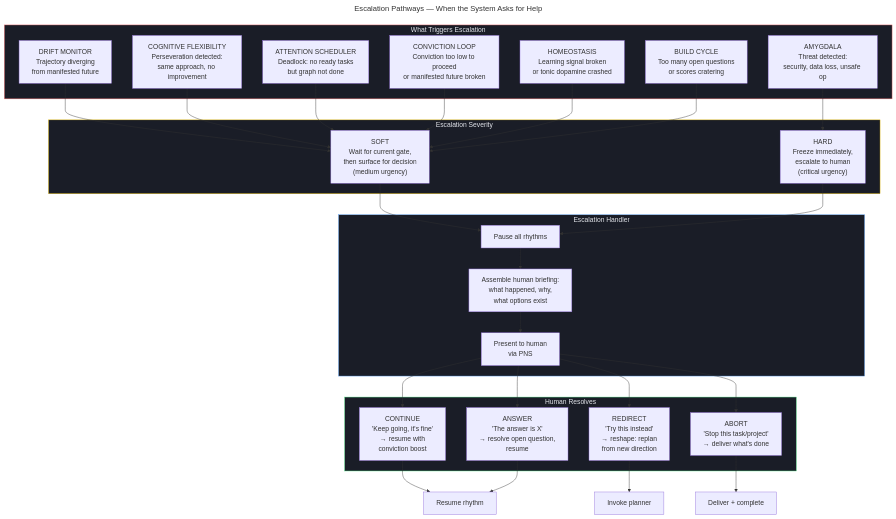
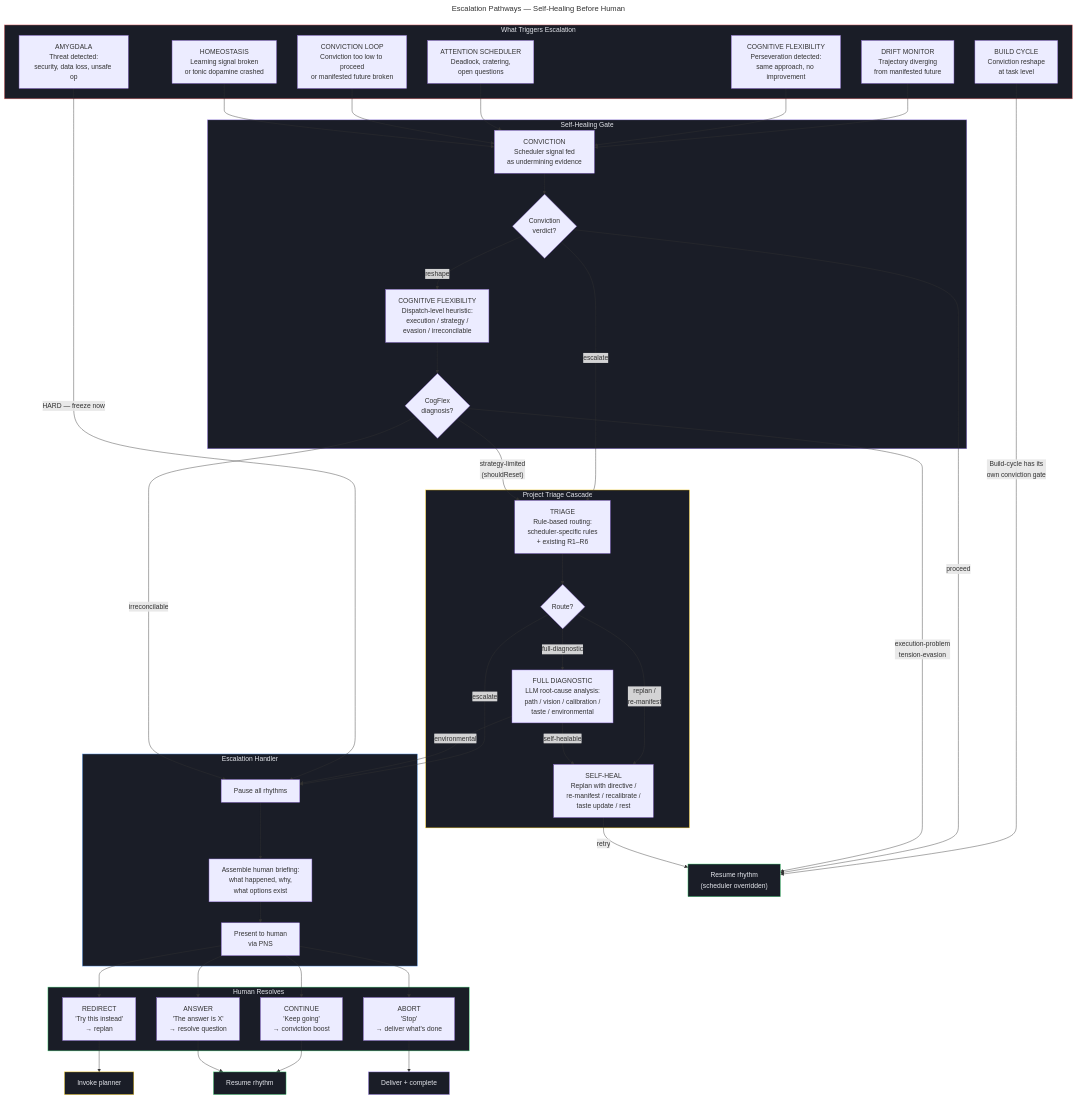
The diagram in diagrams/07-escalation-pathways.mmd (Joinery-dev/agent-cortex), drawn with Mermaid before and after one commit. The commit also changed 39 other files, not shown here.

```diff
--- a/diagrams/07-escalation-pathways.mmd
+++ b/diagrams/07-escalation-pathways.mmd
@@ -1,55 +1,88 @@
 ---
-title: "Escalation Pathways — When the System Asks for Help"
+title: "Escalation Pathways — Self-Healing Before Human"
 scope: global
 ---
 flowchart TD
     subgraph SOURCES["What Triggers Escalation"]
         S1["DRIFT MONITOR<br/>Trajectory diverging<br/>from manifested future"]
         S2["COGNITIVE FLEXIBILITY<br/>Perseveration detected:<br/>same approach, no improvement"]
         S3["AMYGDALA<br/>Threat detected:<br/>security, data loss, unsafe op"]
-        S4["ATTENTION SCHEDULER<br/>Deadlock: no ready tasks<br/>but graph not done"]
+        S4["ATTENTION SCHEDULER<br/>Deadlock, cratering,<br/>open questions"]
         S5["CONVICTION LOOP<br/>Conviction too low to proceed<br/>or manifested future broken"]
         S6["HOMEOSTASIS<br/>Learning signal broken<br/>or tonic dopamine crashed"]
-        S7["BUILD CYCLE<br/>Too many open questions<br/>or scores cratering"]
+        S7["BUILD CYCLE<br/>Conviction reshape<br/>at task level"]
     end
 
-    subgraph LEVELS["Escalation Severity"]
-        L1["SOFT<br/>Wait for current gate,<br/>then surface for decision<br/>(medium urgency)"]
-        L2["HARD<br/>Freeze immediately,<br/>escalate to human<br/>(critical urgency)"]
+    subgraph GATE["Self-Healing Gate"]
+        G1["CONVICTION<br/>Scheduler signal fed<br/>as undermining evidence"]
+        G2{"Conviction<br/>verdict?"}
+        G3["COGNITIVE FLEXIBILITY<br/>Dispatch-level heuristic:<br/>execution / strategy /<br/>evasion / irreconcilable"]
+        G4{"CogFlex<br/>diagnosis?"}
+    end
+
+    subgraph TRIAGE["Project Triage Cascade"]
+        T1["TRIAGE<br/>Rule-based routing:<br/>scheduler-specific rules<br/>+ existing R1–R6"]
+        T2{"Route?"}
+        T3["SELF-HEAL<br/>Replan with directive /<br/>re-manifest / recalibrate /<br/>taste update / rest"]
+        T4["FULL DIAGNOSTIC<br/>LLM root-cause analysis:<br/>path / vision / calibration /<br/>taste / environmental"]
     end
 
     subgraph HANDLER["Escalation Handler"]
         H1["Pause all rhythms"]
         H2["Assemble human briefing:<br/>what happened, why,<br/>what options exist"]
         H3["Present to human<br/>via PNS"]
     end
 
     subgraph RESOLUTION["Human Resolves"]
-        R1["CONTINUE<br/>'Keep going, it's fine'<br/>→ resume with<br/>conviction boost"]
-        R2["REDIRECT<br/>'Try this instead'<br/>→ reshape: replan<br/>from new direction"]
-        R3["ABORT<br/>'Stop this task/project'<br/>→ deliver what's done"]
-        R4["ANSWER<br/>'The answer is X'<br/>→ resolve open question,<br/>resume"]
+        R1["CONTINUE<br/>'Keep going'<br/>→ conviction boost"]
+        R2["REDIRECT<br/>'Try this instead'<br/>→ replan"]
+        R3["ABORT<br/>'Stop'<br/>→ deliver what's done"]
+        R4["ANSWER<br/>'The answer is X'<br/>→ resolve question"]
     end
 
-    S1 --> L1
-    S2 --> L1
-    S4 --> L1
-    S5 --> L1
-    S6 --> L1
-    S7 --> L1
-    S3 --> L2
+    %% All non-amygdala sources → conviction gate
+    S1 & S2 & S4 & S5 & S6 --> G1
+    S7 -->|"Build-cycle has its<br/>own conviction gate"| RESUME
 
-    L1 --> H1
-    L2 --> H1
+    %% Amygdala bypasses everything
+    S3 -->|"HARD — freeze now"| H1
+
+    %% Conviction gate
+    G1 --> G2
+    G2 -->|"escalate"| T1
+    G2 -->|"reshape"| G3
+    G2 -->|"proceed"| RESUME["Resume rhythm<br/>(scheduler overridden)"]
+
+    %% Dispatch CogFlex
+    G3 --> G4
+    G4 -->|"irreconcilable"| H1
+    G4 -->|"strategy-limited<br/>(shouldReset)"| T1
+    G4 -->|"execution-problem<br/>tension-evasion"| RESUME
+
+    %% Project triage cascade
+    T1 --> T2
+    T2 -->|"replan /<br/>re-manifest"| T3
+    T2 -->|"full-diagnostic"| T4
+    T2 -->|"escalate"| H1
+    T3 -->|"retry"| RESUME
+    T4 -->|"self-healable"| T3
+    T4 -->|"environmental"| H1
+
+    %% Human handler
     H1 --> H2 --> H3
     H3 --> R1 & R2 & R3 & R4
 
-    R1 --> RESUME["Resume rhythm"]
+    R1 --> RESUME2["Resume rhythm"]
     R2 --> REPLAN["Invoke planner"]
     R3 --> COMPLETE["Deliver + complete"]
-    R4 --> RESUME
+    R4 --> RESUME2
 
     style SOURCES fill:#1a1d27,stroke:#f87171,color:#e2e4ea
-    style LEVELS fill:#1a1d27,stroke:#facc15,color:#e2e4ea
+    style GATE fill:#1a1d27,stroke:#a78bfa,color:#e2e4ea
+    style TRIAGE fill:#1a1d27,stroke:#facc15,color:#e2e4ea
     style HANDLER fill:#1a1d27,stroke:#60a5fa,color:#e2e4ea
     style RESOLUTION fill:#1a1d27,stroke:#4ade80,color:#e2e4ea
+    style RESUME fill:#1a1d27,stroke:#4ade80,color:#e2e4ea
+    style RESUME2 fill:#1a1d27,stroke:#4ade80,color:#e2e4ea
+    style REPLAN fill:#1a1d27,stroke:#facc15,color:#e2e4ea
+    style COMPLETE fill:#1a1d27,stroke:#a78bfa,color:#e2e4ea
```
